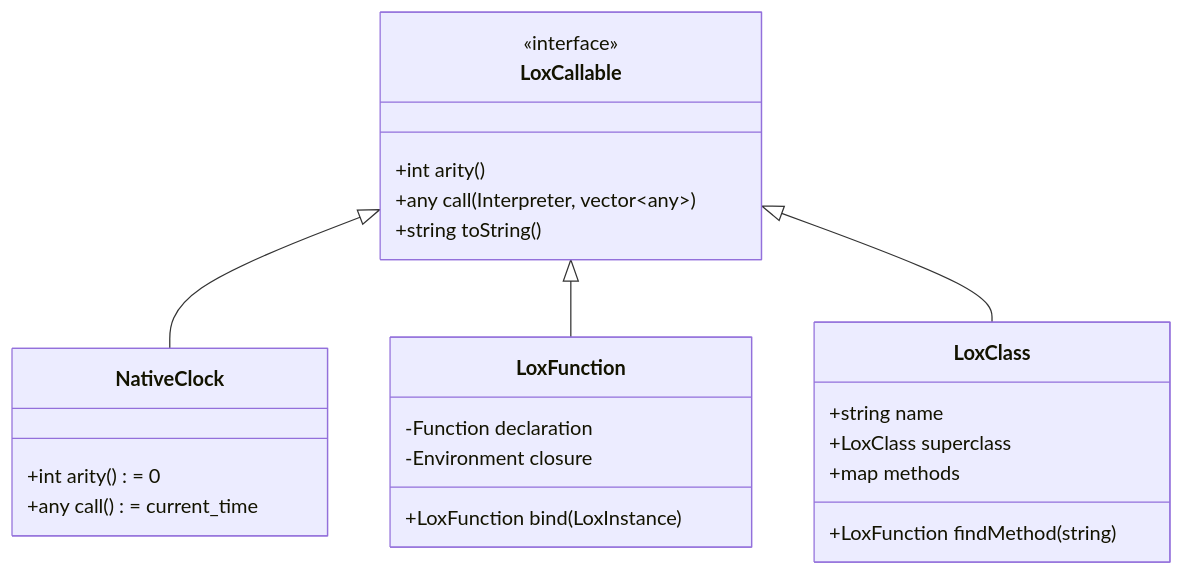
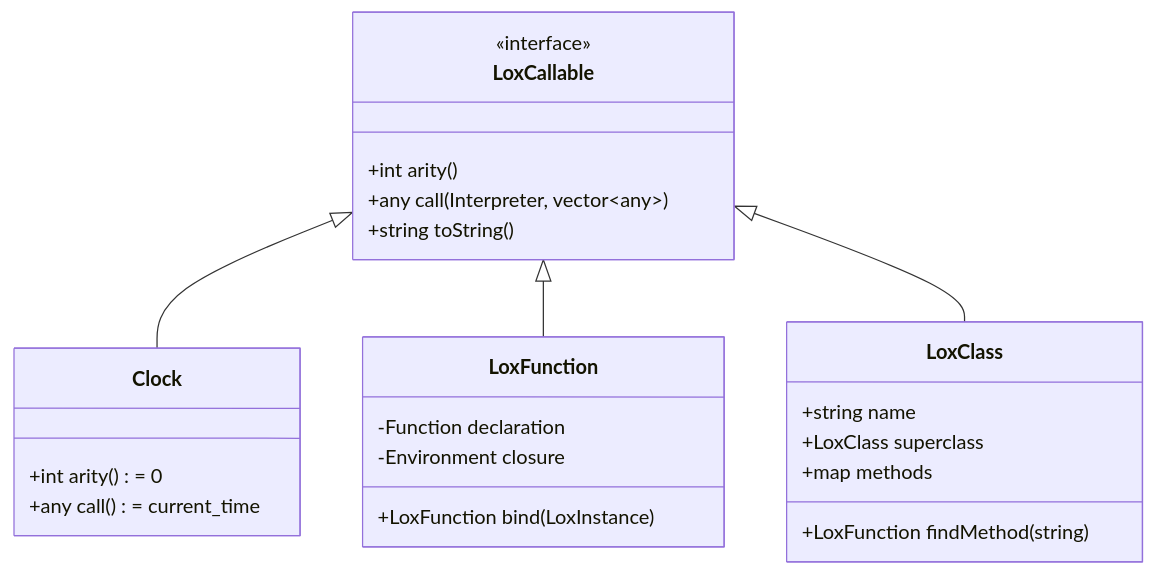
The eighth of 11 diagrams in docs/ARCHITECTURE.md (IshpreetSingh8264/Interpreter-Cpp), drawn with Mermaid before and after one commit. The commit also changed other lines of this file and 4 other files, not shown here.

First line of the commit message:
docs: README for the interpreter, and correct three claims in the flow docs

````diff
--- a/docs/ARCHITECTURE.md
+++ b/docs/ARCHITECTURE.md
@@ -263,31 +265,31 @@
 ```mermaid
 classDiagram
     class LoxCallable {
         <<interface>>
         +int arity()
         +any call(Interpreter, vector~any~)
         +string toString()
     }
     
-    class NativeClock {
+    class Clock {
         +int arity() = 0
         +any call() = current_time
     }
     
     class LoxFunction {
         -Function declaration
         -Environment closure
         +LoxFunction bind(LoxInstance)
     }
     
     class LoxClass {
         +string name
         +LoxClass superclass
         +map methods
         +LoxFunction findMethod(string)
     }
     
-    LoxCallable <|-- NativeClock
+    LoxCallable <|-- Clock
     LoxCallable <|-- LoxFunction
     LoxCallable <|-- LoxClass
 ```
````
